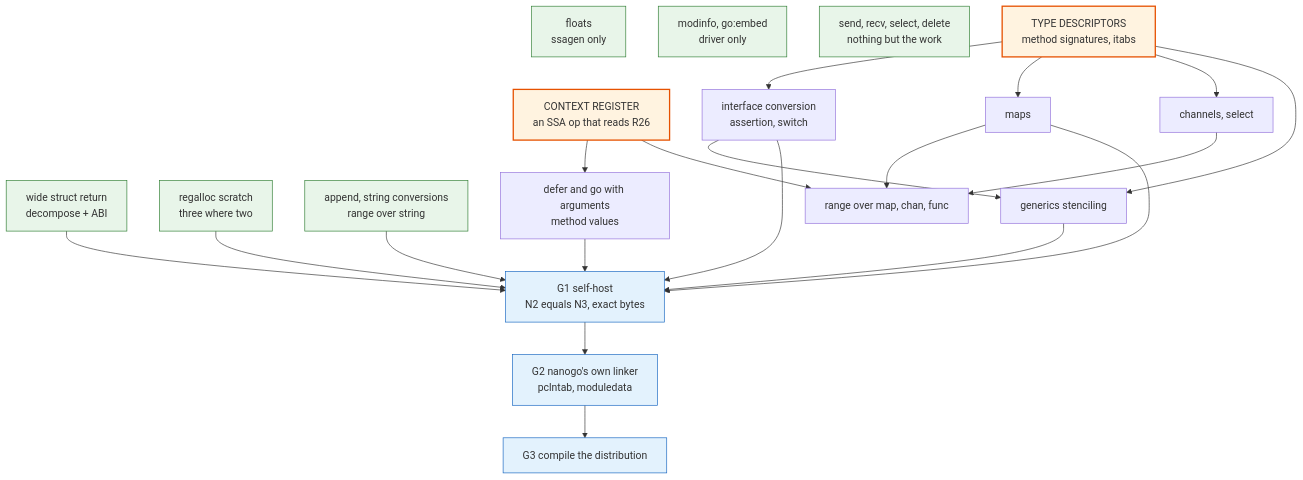
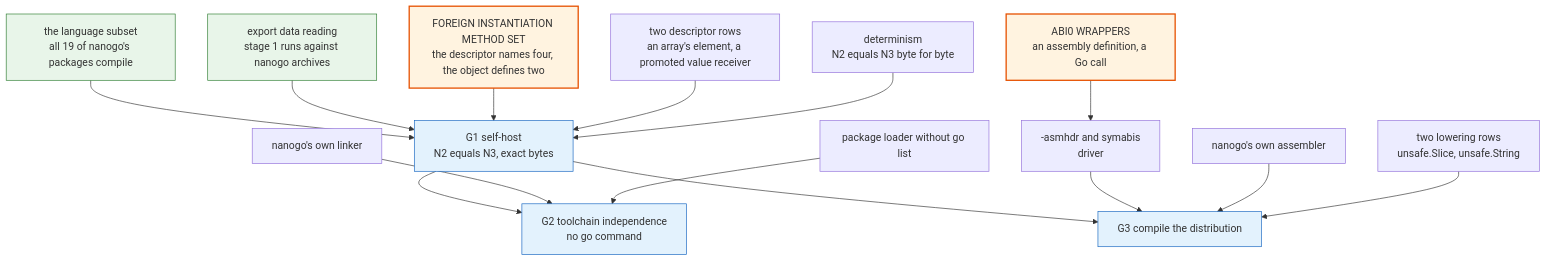
Before and after one commit to golang-design/nanogo: the diagram in specs/005-remaining-work.md, drawn with Mermaid. The commit also changed other lines of this file and 9 other files, not shown here.

````diff
--- a/specs/005-remaining-work.md
+++ b/specs/005-remaining-work.md
@@ -53,46 +64,41 @@
 ```mermaid
 graph TD
-  classDef free fill:#e8f5e9,stroke:#2e7d32
+  classDef done fill:#e8f5e9,stroke:#2e7d32
   classDef key fill:#fff3e0,stroke:#e65100,stroke-width:2px
   classDef gate fill:#e3f2fd,stroke:#1565c0
 
-  FLOAT["floats<br/>ssagen only"]:::free
-  WIDE["wide struct return<br/>decompose + ABI"]:::free
-  SCRATCH["regalloc scratch<br/>three where two"]:::free
-  DRIVER["modinfo, go:embed<br/>driver only"]:::free
-  SEQ["append, string conversions<br/>range over string"]:::free
-  SENDRECV["send, recv, select, delete<br/>nothing but the work"]:::free
+  LANG["the language subset<br/>all 19 of nanogo's packages compile"]:::done
+  READ["export data reading<br/>stage 1 runs against nanogo archives"]:::done
 
-  DESC["TYPE DESCRIPTORS<br/>method signatures, itabs"]:::key
-  CTX["CONTEXT REGISTER<br/>an SSA op that reads R26"]:::key
+  MSET["FOREIGN INSTANTIATION METHOD SET<br/>the descriptor names four, the object defines two"]:::key
+  DESC["two descriptor rows<br/>an array's element, a promoted value receiver"]
+  DET["determinism<br/>N2 equals N3 byte for byte"]
 
-  IFACE["interface conversion<br/>assertion, switch"]
-  MAPS["maps"]
-  CHANS["channels, select"]
-  CAPT["defer and go with arguments<br/>method values"]
-  RANGE["range over map, chan, func"]
-  GEN["generics stenciling"]
+  ASM["ABI0 WRAPPERS<br/>an assembly definition, a Go call"]:::key
+  HDR["-asmhdr and symabis<br/>driver"]
+  ASSEM["nanogo's own assembler"]
+  LOWER["two lowering rows<br/>unsafe.Slice, unsafe.String"]
 
-  DESC --> IFACE
-  DESC --> MAPS
-  DESC --> CHANS
-  CTX --> CAPT
-  MAPS --> RANGE
-  CHANS --> RANGE
-  CTX --> RANGE
-  IFACE --> GEN
-  DESC --> GEN
-
-  IFACE --> G1
-  CAPT --> G1
-  MAPS --> G1
-  SEQ --> G1
-  GEN --> G1
-  SCRATCH --> G1
-  WIDE --> G1
+  LINK["nanogo's own linker"]
+  LOAD["package loader without go list"]
 
   G1["G1 self-host<br/>N2 equals N3, exact bytes"]:::gate
-  G2["G2 nanogo's own linker<br/>pclntab, moduledata"]:::gate
+  G2["G2 toolchain independence<br/>no go command"]:::gate
   G3["G3 compile the distribution"]:::gate
-  G1 --> G2 --> G3
+
+  LANG --> G1
+  READ --> G1
+  MSET --> G1
+  DESC --> G1
+  DET --> G1
+
+  G1 --> G2
+  LINK --> G2
+  LOAD --> G2
+
+  G1 --> G3
+  ASM --> HDR
+  HDR --> G3
+  ASSEM --> G3
+  LOWER --> G3
 ```
````
